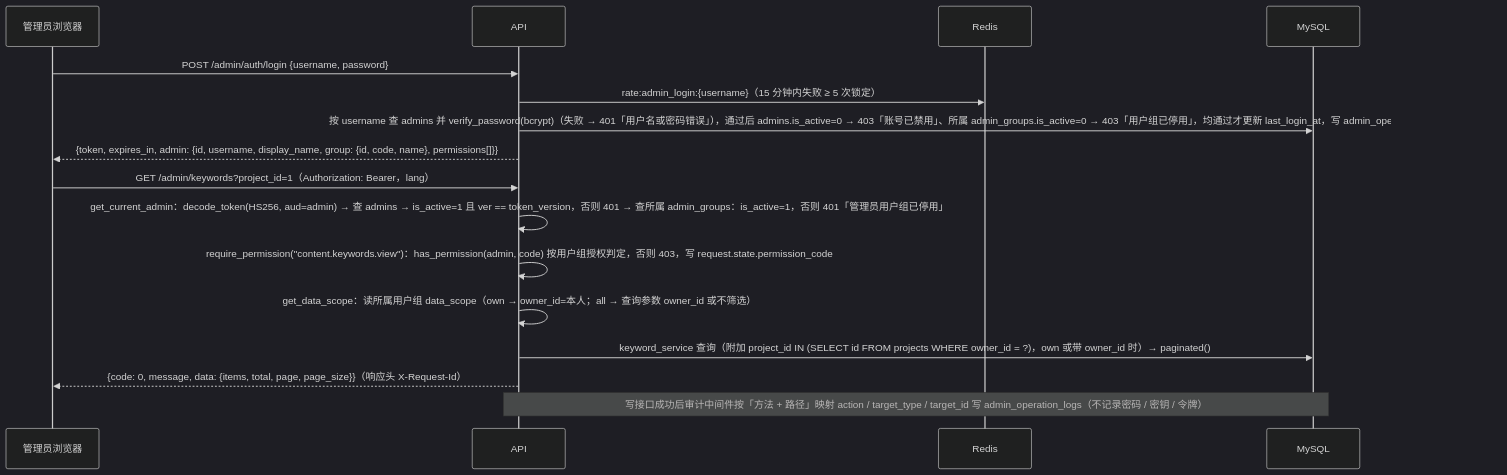
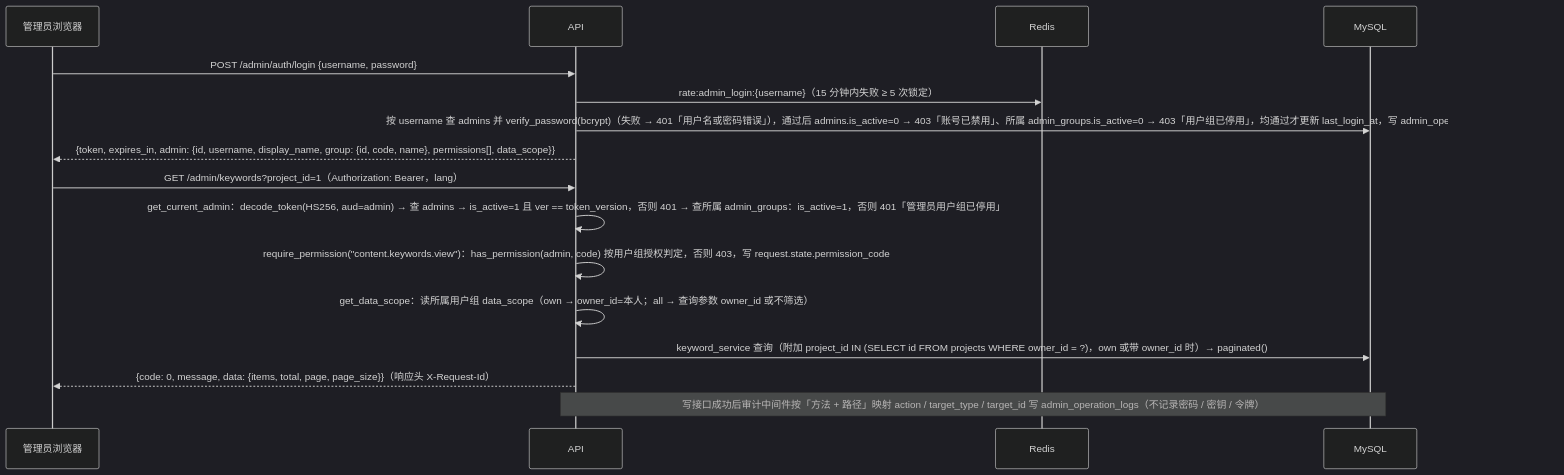
Before and after one commit to itrongsheng/aicreat: the tenth of 10 diagrams in docs/01-architecture.md, drawn with Mermaid (dark theme). The commit also changed other lines of this file and 14 other files, not shown here.

````diff
--- a/docs/01-architecture.md
+++ b/docs/01-architecture.md
@@ -617,19 +617,19 @@
 ```mermaid
 sequenceDiagram
     participant U as 管理员浏览器
     participant A as API
     participant R as Redis
     participant D as MySQL
 
     U->>A: POST /admin/auth/login {username, password}
     A->>R: rate:admin_login:{username}（15 分钟内失败 ≥ 5 次锁定）
     A->>D: 按 username 查 admins 并 verify_password(bcrypt)（失败 → 401「用户名或密码错误」），通过后 admins.is_active=0 → 403「账号已禁用」、所属 admin_groups.is_active=0 → 403「用户组已停用」，均通过才更新 last_login_at，写 admin_operation_logs(action=login)
-    A-->>U: {token, expires_in, admin: {id, username, display_name, group: {id, code, name}, permissions[]}}
+    A-->>U: {token, expires_in, admin: {id, username, display_name, group: {id, code, name}, permissions[], data_scope}}
     U->>A: GET /admin/keywords?project_id=1（Authorization: Bearer，lang）
     A->>A: get_current_admin：decode_token(HS256, aud=admin) → 查 admins → is_active=1 且 ver == token_version，否则 401 → 查所属 admin_groups：is_active=1，否则 401「管理员用户组已停用」
     A->>A: require_permission("content.keywords.view")：has_permission(admin, code) 按用户组授权判定，否则 403，写 request.state.permission_code
     A->>A: get_data_scope：读所属用户组 data_scope（own → owner_id=本人；all → 查询参数 owner_id 或不筛选）
     A->>D: keyword_service 查询（附加 project_id IN (SELECT id FROM projects WHERE owner_id = ?)，own 或带 owner_id 时）→ paginated()
     A-->>U: {code: 0, message, data: {items, total, page, page_size}}（响应头 X-Request-Id）
     Note over A,D: 写接口成功后审计中间件按「方法 + 路径」映射 action / target_type / target_id 写 admin_operation_logs（不记录密码 / 密钥 / 令牌）
 ```
````
